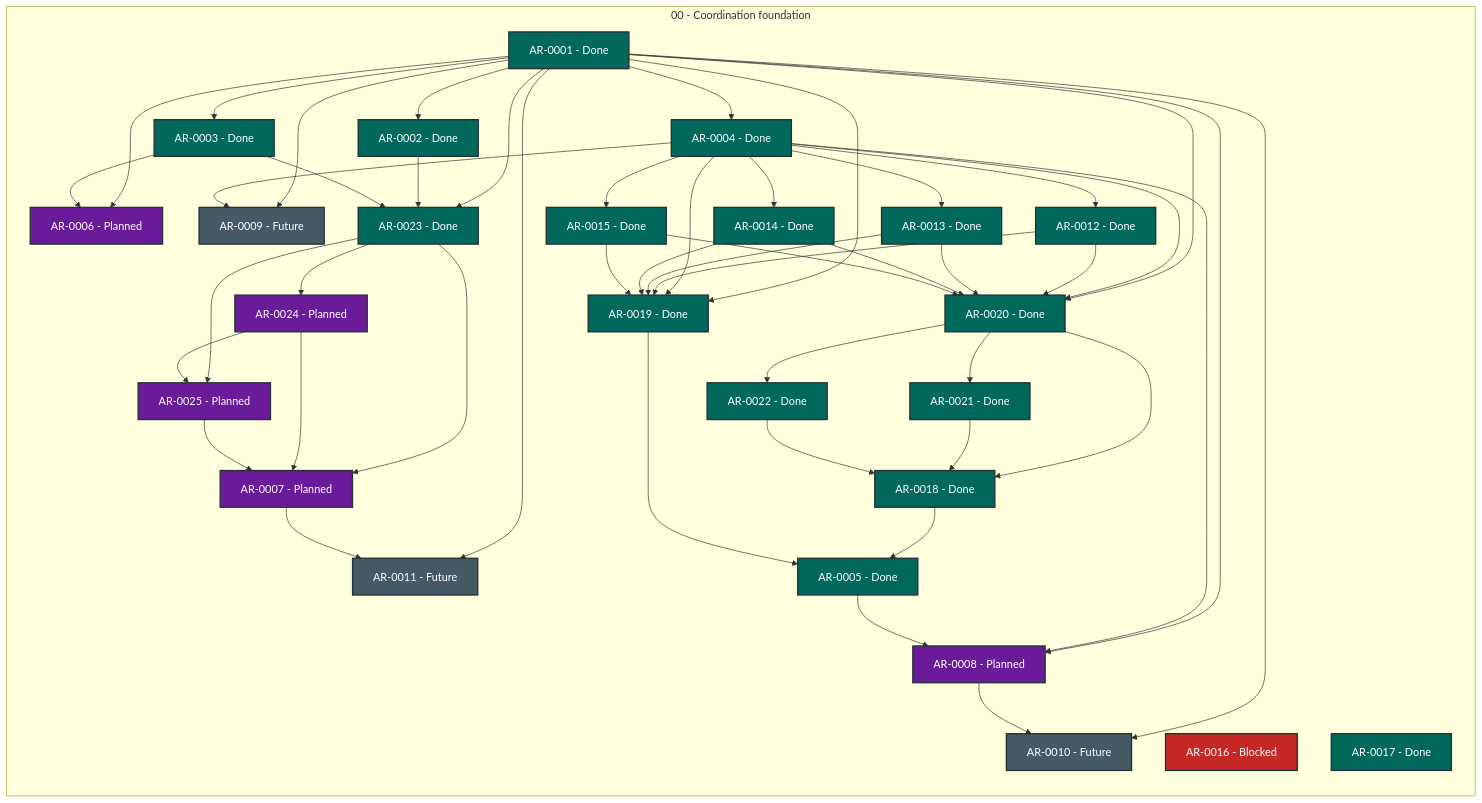
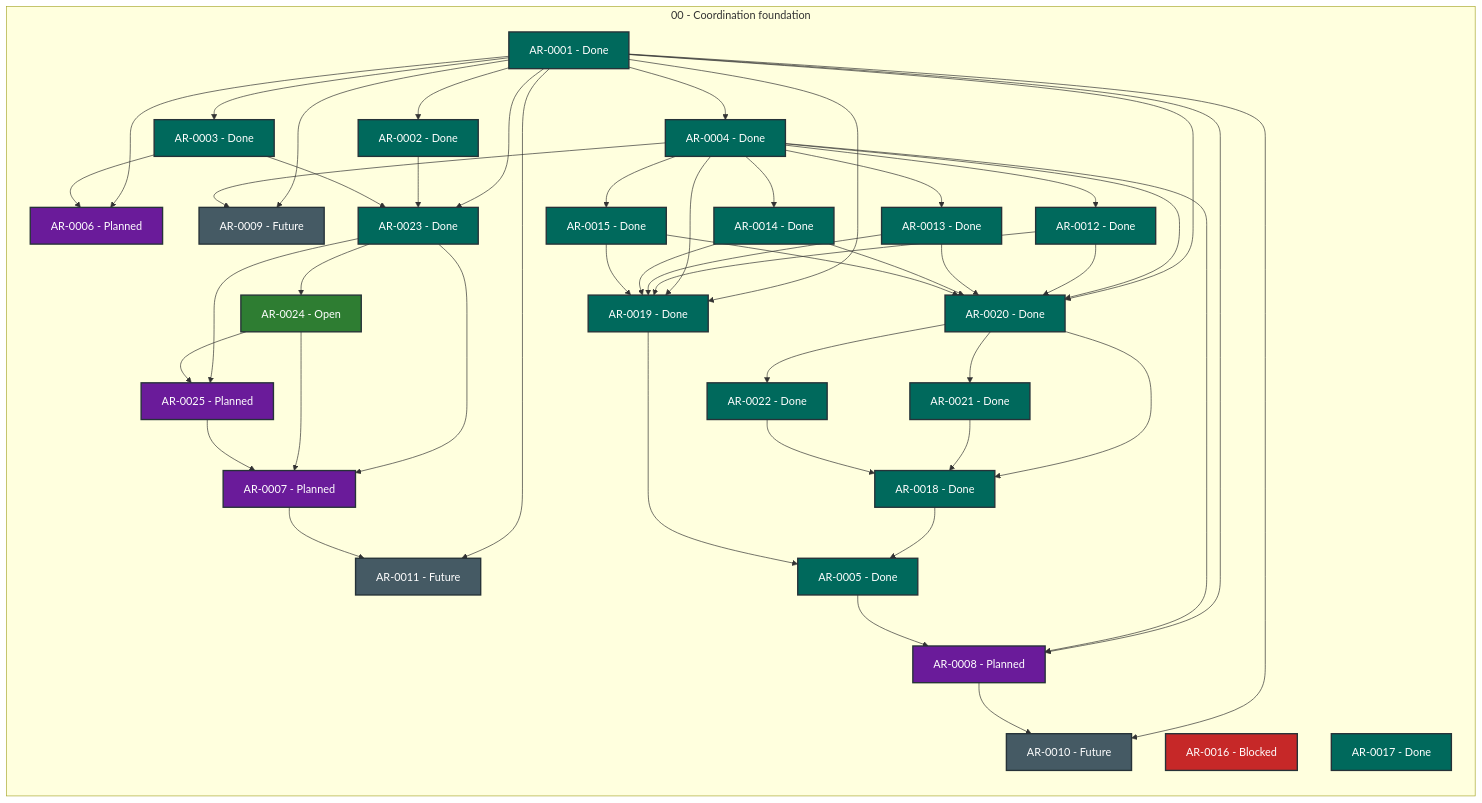
Before and after one commit to martin-beck/agent-workflow-quality-state: the diagram in STATUS.md, drawn with Mermaid. The commit also changed other lines of this file and 2 other files, not shown here.

```diff
--- a/STATUS.md
+++ b/STATUS.md
@@ -51,7 +51,7 @@
         AR_0021["AR-0021 - Done"]:::status_done
         AR_0022["AR-0022 - Done"]:::status_done
         AR_0023["AR-0023 - Done"]:::status_done
-        AR_0024["AR-0024 - Planned"]:::status_planned
+        AR_0024["AR-0024 - Open"]:::status_open
         AR_0025["AR-0025 - Planned"]:::status_planned
     end
     AR_0001 --> AR_0002
```
